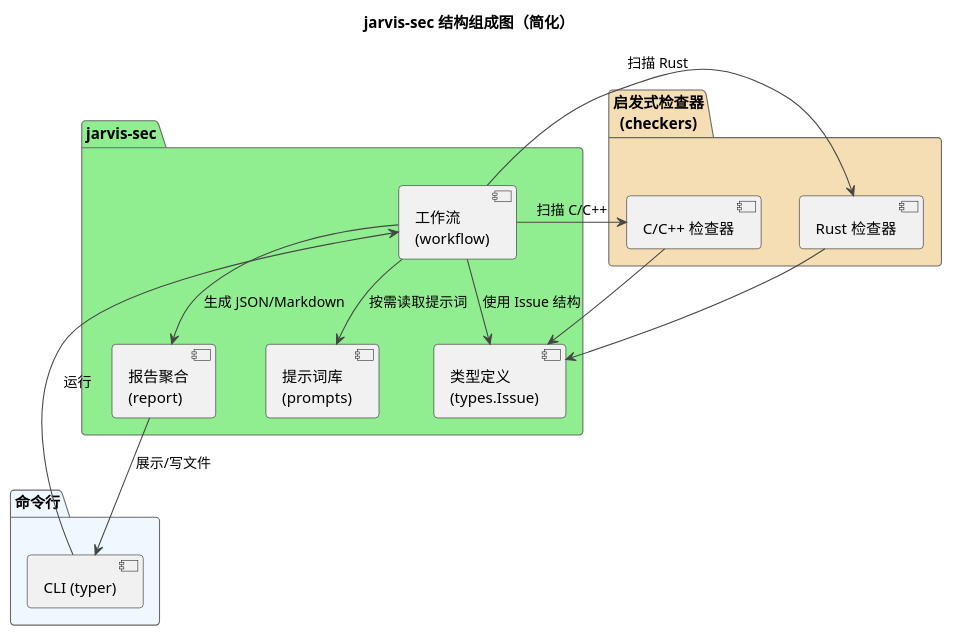
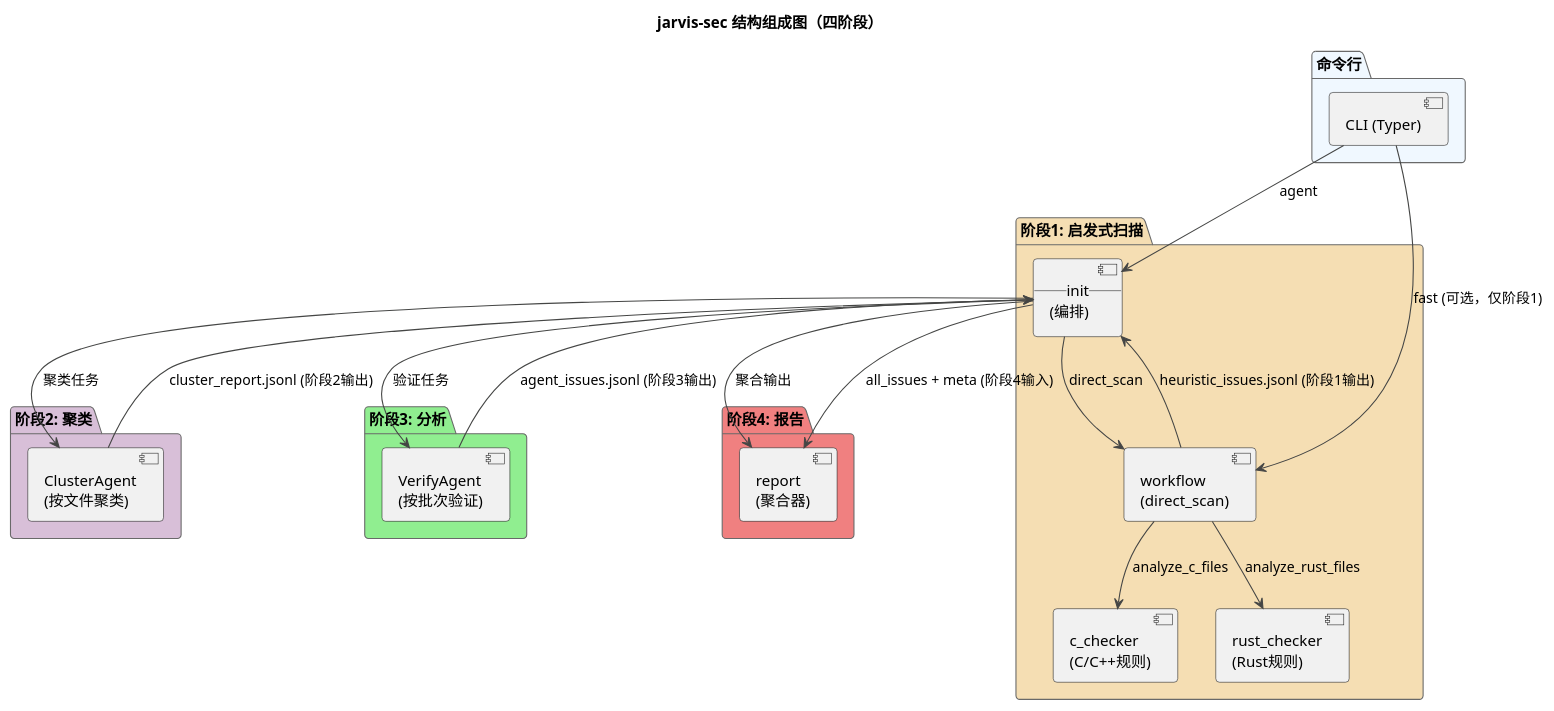
Diagram 32 of 60 in 技术报告.md (skyfireitdiy/Jarvis), drawn with PlantUML before and after one commit. The commit also changed other lines of this file and 3 other files, not shown here.

First line of the commit message:
docs(jarvis-sec): 重构系统架构文档并调整模块结构

````diff
--- a/技术报告.md
+++ b/技术报告.md
@@ -1999,37 +2020,53 @@
 ```plantuml
 @startuml
 !theme vibrant
-title jarvis-sec 结构组成图（简化）
+title jarvis-sec 结构组成图（四阶段）
 
-package "jarvis-sec" #LightGreen {
-  component "工作流\n(workflow)" as Workflow
-  component "报告聚合\n(report)" as Report
-  component "提示词库\n(prompts)" as Prompts
-  component "类型定义\n(types.Issue)" as Types
+package "命令行" #AliceBlue {
+  component "CLI (Typer)" as CLI
 }
 
-package "启发式检查器\n(checkers)" #Wheat {
-  component "C/C++ 检查器" as CChecker
-  component "Rust 检查器" as RustChecker
+package "阶段1: 启发式扫描" #Wheat {
+  component "__init__\n(编排)" as Entry
+  component "workflow\n(direct_scan)" as Workflow
+  component "c_checker\n(C/C++规则)" as CChecker
+  component "rust_checker\n(Rust规则)" as RustChecker
 }
 
-
-package "命令行" #AliceBlue {
-  component "CLI (typer)" as CLI
+package "阶段2: 聚类" #Thistle {
+  component "ClusterAgent\n(按文件聚类)" as Cluster
 }
 
-' 直扫路径
-CLI --> Workflow : 运行
-Workflow --> CChecker : 扫描 C/C++
-Workflow --> RustChecker : 扫描 Rust
-Workflow --> Report : 生成 JSON/Markdown
-Report --> CLI : 展示/写文件
+package "阶段3: 分析" #LightGreen {
+  component "VerifyAgent\n(按批次验证)" as Verify
+}
 
+package "阶段4: 报告" #LightCoral {
+  component "report\n(聚合器)" as Report
+}
 
-' 依赖
-Workflow --> Prompts : 按需读取提示词
-Workflow --> Types : 使用 Issue 结构
-CChecker --> Types
-RustChecker --> Types
+' CLI orchestrates pipeline
+CLI --> Entry : agent
+CLI --> Workflow : fast (可选，仅阶段1)
+
+' 阶段1: 启发式扫描
+Entry --> Workflow : direct_scan
+Workflow --> CChecker : analyze_c_files
+Workflow --> RustChecker : analyze_rust_files
+
+' 阶段2: 聚类
+Entry --> Cluster : 聚类任务
+
+' 阶段3: 分析
+Entry --> Verify : 验证任务
+
+' 阶段4: 报告
+Entry --> Report : 聚合输出
+
+' 数据产物流向（按阶段）
+Workflow --> Entry : heuristic_issues.jsonl (阶段1输出)
+Cluster --> Entry : cluster_report.jsonl (阶段2输出)
+Verify --> Entry : agent_issues.jsonl (阶段3输出)
+Entry --> Report : all_issues + meta (阶段4输入)
 @enduml
 ```
````
